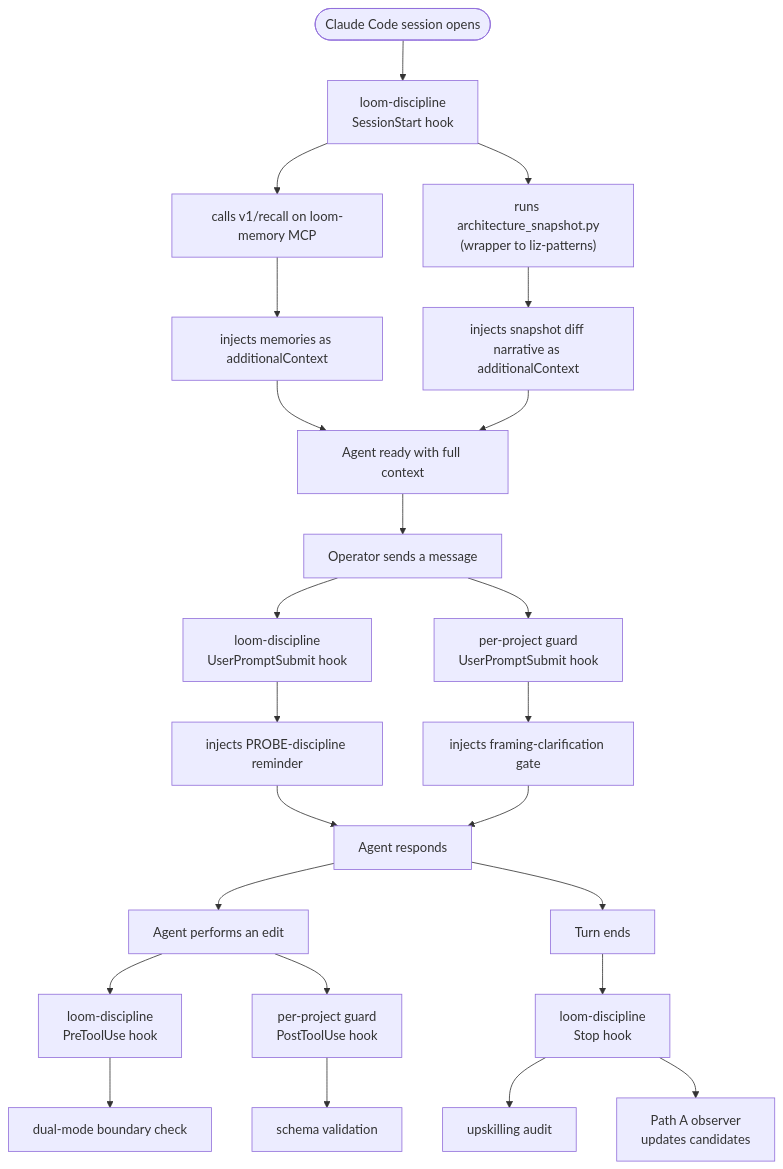
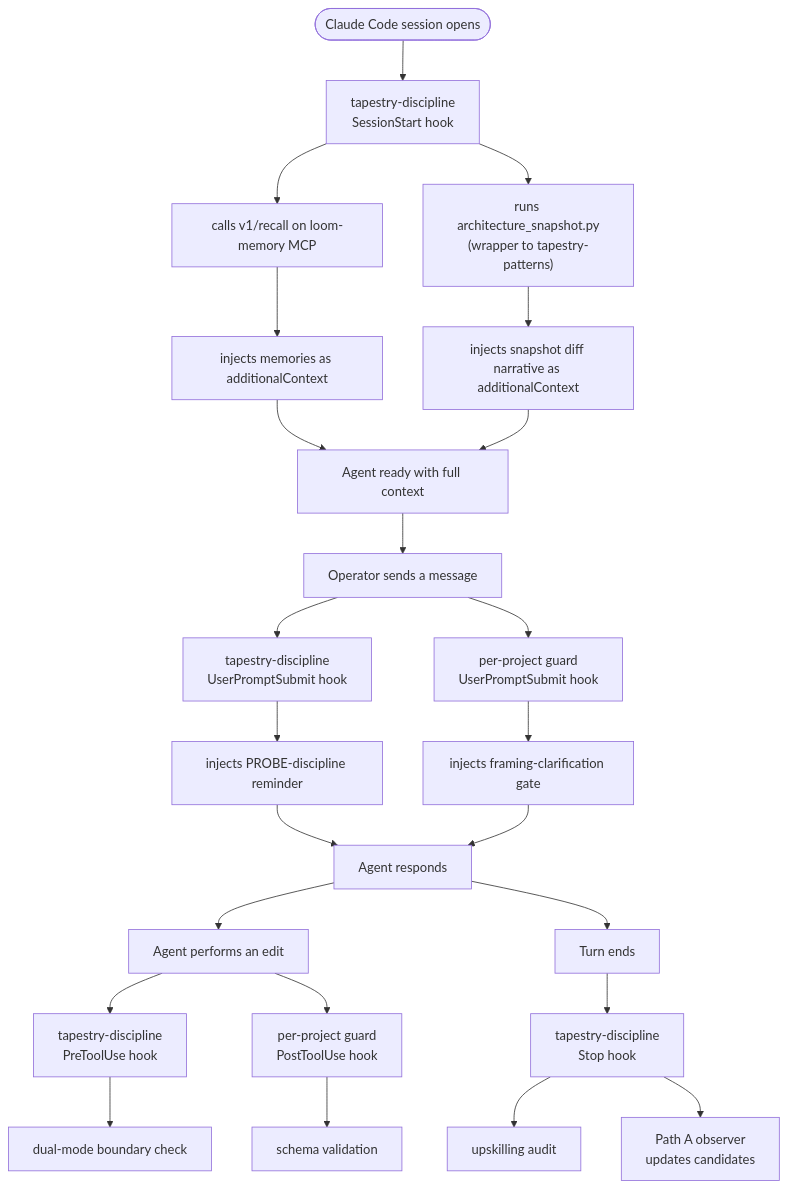
Before and after one commit to Lizo-RoadTown/tapestry: the diagram in apps/docs-site/src/content/docs/explanation/plugins.md, drawn with Mermaid. The commit also changed other lines of this file and 10 other files, not shown here.

````diff
--- a/apps/docs-site/src/content/docs/explanation/plugins.md
+++ b/apps/docs-site/src/content/docs/explanation/plugins.md
@@ -86,34 +86,34 @@
 ```mermaid
 flowchart TB
   start(["Claude Code session opens"])
 
-  start --> ldsess["loom-discipline<br/>SessionStart hook"]
+  start --> ldsess["tapestry-discipline<br/>SessionStart hook"]
   ldsess --> recall["calls v1/recall on loom-memory MCP"]
-  ldsess --> snapshot["runs architecture_snapshot.py<br/>(wrapper to liz-patterns)"]
+  ldsess --> snapshot["runs architecture_snapshot.py<br/>(wrapper to tapestry-patterns)"]
   recall --> inject1["injects memories as additionalContext"]
   snapshot --> inject2["injects snapshot diff narrative as additionalContext"]
   inject1 --> ready["Agent ready with full context"]
   inject2 --> ready
 
   ready --> prompt["Operator sends a message"]
 
-  prompt --> ldprompt["loom-discipline<br/>UserPromptSubmit hook"]
+  prompt --> ldprompt["tapestry-discipline<br/>UserPromptSubmit hook"]
   prompt --> guardprompt["per-project guard<br/>UserPromptSubmit hook"]
   ldprompt --> probe["injects PROBE-discipline reminder"]
   guardprompt --> clarify["injects framing-clarification gate"]
 
   probe --> agent["Agent responds"]
   clarify --> agent
 
   agent --> edit["Agent performs an edit"]
 
-  edit --> ldedit["loom-discipline<br/>PreToolUse hook"]
+  edit --> ldedit["tapestry-discipline<br/>PreToolUse hook"]
   edit --> guardedit["per-project guard<br/>PostToolUse hook"]
   ldedit --> dualmode["dual-mode boundary check"]
   guardedit --> schema["schema validation"]
 
   agent --> stop["Turn ends"]
-  stop --> ldstop["loom-discipline<br/>Stop hook"]
+  stop --> ldstop["tapestry-discipline<br/>Stop hook"]
   ldstop --> audit["upskilling audit"]
   ldstop --> observer["Path A observer<br/>updates candidates"]
 ```
````
